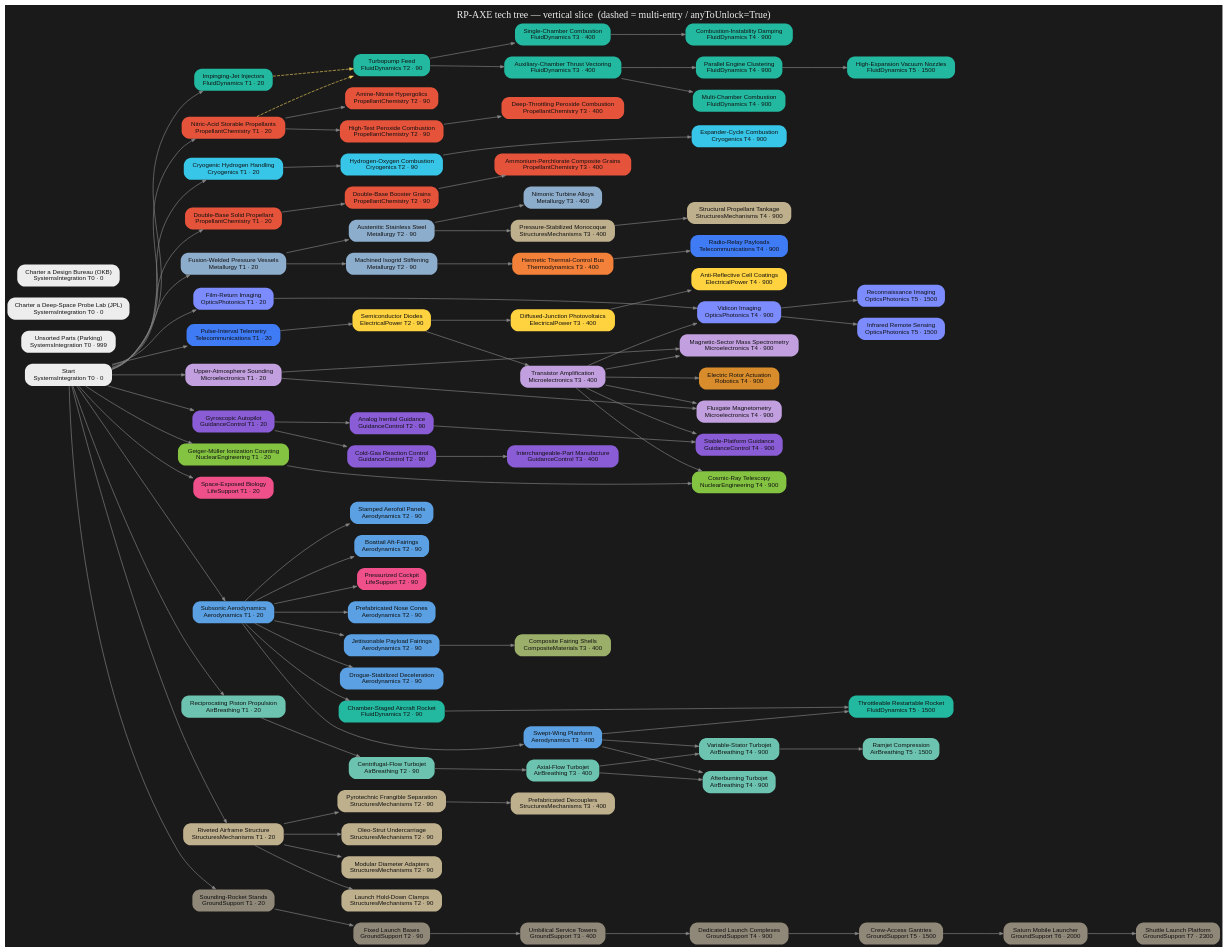
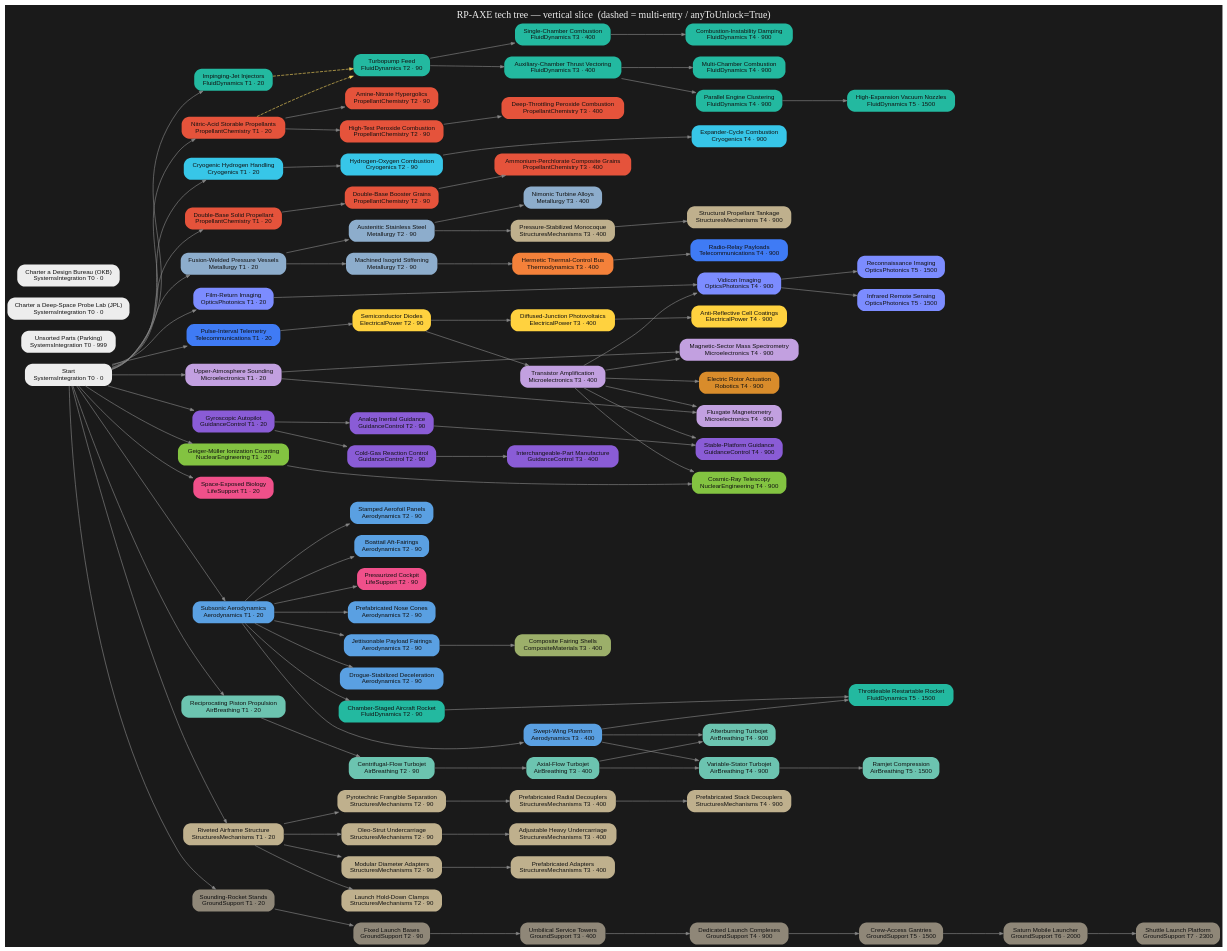
Before and after one commit to miskoltrans/RP-AXE: the diagram in tree/render/axe-tree.dot, drawn with Graphviz. The commit also changed 6 other files, not shown here.

First line of the commit message:
tree(band1): split prefab structures catalogs + drain valve + gear tier

```diff
--- a/tree/render/axe-tree.dot
+++ b/tree/render/axe-tree.dot
@@ -48,6 +48,7 @@
   "mic_atmoSounding" [label="Upper-Atmosphere Sounding\nMicroelectronics T1 · 20",fillcolor="#c2a0e0",fontcolor="#111111"];
   "aero_subsonicWing" [label="Subsonic Aerodynamics\nAerodynamics T1 · 20",fillcolor="#5aa0e2",fontcolor="#111111"];
   "str_landingGear" [label="Oleo-Strut Undercarriage\nStructuresMechanisms T2 · 90",fillcolor="#bfb08d",fontcolor="#111111"];
+  "str_adjustableGear" [label="Adjustable Heavy Undercarriage\nStructuresMechanisms T3 · 400",fillcolor="#bfb08d",fontcolor="#111111"];
   "av_centrifugalJet" [label="Centrifugal-Flow Turbojet\nAirBreathing T2 · 90",fillcolor="#6cc4b0",fontcolor="#111111"];
   "fd_rocketplaneRocket" [label="Chamber-Staged Aircraft Rocket\nFluidDynamics T2 · 90",fillcolor="#23b9a0",fontcolor="#111111"];
   "av_axialJet" [label="Axial-Flow Turbojet\nAirBreathing T3 · 400",fillcolor="#6cc4b0",fontcolor="#111111"];
@@ -64,12 +65,14 @@
   "aero_stampedWings" [label="Stamped Aerofoil Panels\nAerodynamics T2 · 90",fillcolor="#5aa0e2",fontcolor="#111111"];
   "aero_boattail" [label="Boattail Aft-Fairings\nAerodynamics T2 · 90",fillcolor="#5aa0e2",fontcolor="#111111"];
   "str_diameterAdapters" [label="Modular Diameter Adapters\nStructuresMechanisms T2 · 90",fillcolor="#bfb08d",fontcolor="#111111"];
+  "str_prefabAdapters" [label="Prefabricated Adapters\nStructuresMechanisms T3 · 400",fillcolor="#bfb08d",fontcolor="#111111"];
   "str_serviceModuleTank" [label="Structural Propellant Tankage\nStructuresMechanisms T4 · 900",fillcolor="#bfb08d",fontcolor="#111111"];
   "cmp_compositeFairings" [label="Composite Fairing Shells\nCompositeMaterials T3 · 400",fillcolor="#9caf6a",fontcolor="#111111"];
   "elec_arCoatings" [label="Anti-Reflective Cell Coatings\nElectricalPower T4 · 900",fillcolor="#ffd23f",fontcolor="#111111"];
   "prop_recipEngine" [label="Reciprocating Piston Propulsion\nAirBreathing T1 · 20",fillcolor="#6cc4b0",fontcolor="#111111"];
   "life_pilotedCockpits" [label="Pressurized Cockpit\nLifeSupport T2 · 90",fillcolor="#f0508a",fontcolor="#111111"];
-  "str_standardDecouplers" [label="Prefabricated Decouplers\nStructuresMechanisms T3 · 400",fillcolor="#bfb08d",fontcolor="#111111"];
+  "str_radialDecouplers" [label="Prefabricated Radial Decouplers\nStructuresMechanisms T3 · 400",fillcolor="#bfb08d",fontcolor="#111111"];
+  "str_standardDecouplers" [label="Prefabricated Stack Decouplers\nStructuresMechanisms T4 · 900",fillcolor="#bfb08d",fontcolor="#111111"];
   "tel_appSatellites" [label="Radio-Relay Payloads\nTelecommunications T4 · 900",fillcolor="#3f7bf5",fontcolor="#111111"];
   "gs_launchClamps" [label="Launch Hold-Down Clamps\nStructuresMechanisms T2 · 90",fillcolor="#bfb08d",fontcolor="#111111"];
   "gs_soundingStands" [label="Sounding-Rocket Stands\nGroundSupport T1 · 20",fillcolor="#8f8778",fontcolor="#111111"];
@@ -86,8 +89,8 @@
   { rank=same; "start" "parking" "hire_JPL" "hire_OKB" }
   { rank=same; "pc_storables" "cryo_hydrogen" "pc_doubleBaseSolid" "fd_injectors" "met_weldedTank" "tel_telemetry" "opt_filmReturn" "nuc_geiger" "bio_cultures" "mic_atmoSounding" "aero_subsonicWing" "str_structuralHardware" "gnc_postWarAvionics" "prop_recipEngine" "gs_soundingStands" }
   { rank=same; "fd_turbopumpFeed" "cryo_hydroloxPrototype" "pc_doubleBaseBooster" "pc_hypergolics" "pc_htp" "met_stainlessSteel" "met_isogrid" "str_staging" "aero_fairings" "elec_semiconductorDiode" "gnc_rcs" "aero_recovery" "str_landingGear" "av_centrifugalJet" "fd_rocketplaneRocket" "gnc_avionicsPrototypes" "aero_stampedWings" "aero_boattail" "str_diameterAdapters" "life_pilotedCockpits" "gs_launchClamps" "gs_launchBases" "aero_prefabNoseCones" }
-  { rank=same; "fd_singleChamber" "fd_verniers" "pc_compositeSolid" "pc_stentor" "met_nimonic" "str_balloonTank" "th_hermeticBus" "elec_transistor" "elec_siliconPV" "av_axialJet" "aero_supersonicWing" "gnc_standardRCS" "cmp_compositeFairings" "str_standardDecouplers" "gs_serviceTowers" }
-  { rank=same; "fd_largeChamber" "fd_orbitalSoviet" "fd_orbitalMultiChamber" "cryo_expanderCycle" "rob_rotorActuation" "opt_vidicon" "mic_massSpec" "mic_magnetometer" "av_afterburner" "av_variableStator" "gnc_earlyAvionics" "str_serviceModuleTank" "elec_arCoatings" "tel_appSatellites" "gs_dedicatedComplexes" "nuc_cosmicRay" }
+  { rank=same; "fd_singleChamber" "fd_verniers" "pc_compositeSolid" "pc_stentor" "met_nimonic" "str_balloonTank" "th_hermeticBus" "elec_transistor" "elec_siliconPV" "str_adjustableGear" "av_axialJet" "aero_supersonicWing" "gnc_standardRCS" "str_prefabAdapters" "cmp_compositeFairings" "str_radialDecouplers" "gs_serviceTowers" }
+  { rank=same; "fd_largeChamber" "fd_orbitalSoviet" "fd_orbitalMultiChamber" "cryo_expanderCycle" "rob_rotorActuation" "opt_vidicon" "mic_massSpec" "mic_magnetometer" "av_afterburner" "av_variableStator" "gnc_earlyAvionics" "str_serviceModuleTank" "elec_arCoatings" "str_standardDecouplers" "tel_appSatellites" "gs_dedicatedComplexes" "nuc_cosmicRay" }
   { rank=same; "fd_matureOrbital" "av_ramjet" "fd_throttlingRocket" "gs_crewGantries" "opt_recon" "opt_remoteSensing" }
   { rank=same; "gs_saturnPad" }
   { rank=same; "gs_shuttlePad" }
@@ -137,6 +140,7 @@
   "start" -> "mic_atmoSounding" [style=solid];
   "start" -> "aero_subsonicWing" [style=solid];
   "str_structuralHardware" -> "str_landingGear" [style=solid];
+  "str_landingGear" -> "str_adjustableGear" [style=solid];
   "prop_recipEngine" -> "av_centrifugalJet" [style=solid];
   "aero_subsonicWing" -> "fd_rocketplaneRocket" [style=solid];
   "av_centrifugalJet" -> "av_axialJet" [style=solid];
@@ -157,12 +161,14 @@
   "aero_subsonicWing" -> "aero_stampedWings" [style=solid];
   "aero_subsonicWing" -> "aero_boattail" [style=solid];
   "str_structuralHardware" -> "str_diameterAdapters" [style=solid];
+  "str_diameterAdapters" -> "str_prefabAdapters" [style=solid];
   "str_balloonTank" -> "str_serviceModuleTank" [style=solid];
   "aero_fairings" -> "cmp_compositeFairings" [style=solid];
   "elec_siliconPV" -> "elec_arCoatings" [style=solid];
   "start" -> "prop_recipEngine" [style=solid];
   "aero_subsonicWing" -> "life_pilotedCockpits" [style=solid];
-  "str_staging" -> "str_standardDecouplers" [style=solid];
+  "str_staging" -> "str_radialDecouplers" [style=solid];
+  "str_radialDecouplers" -> "str_standardDecouplers" [style=solid];
   "th_hermeticBus" -> "tel_appSatellites" [style=solid];
   "str_structuralHardware" -> "gs_launchClamps" [style=solid];
   "start" -> "gs_soundingStands" [style=solid];
```
